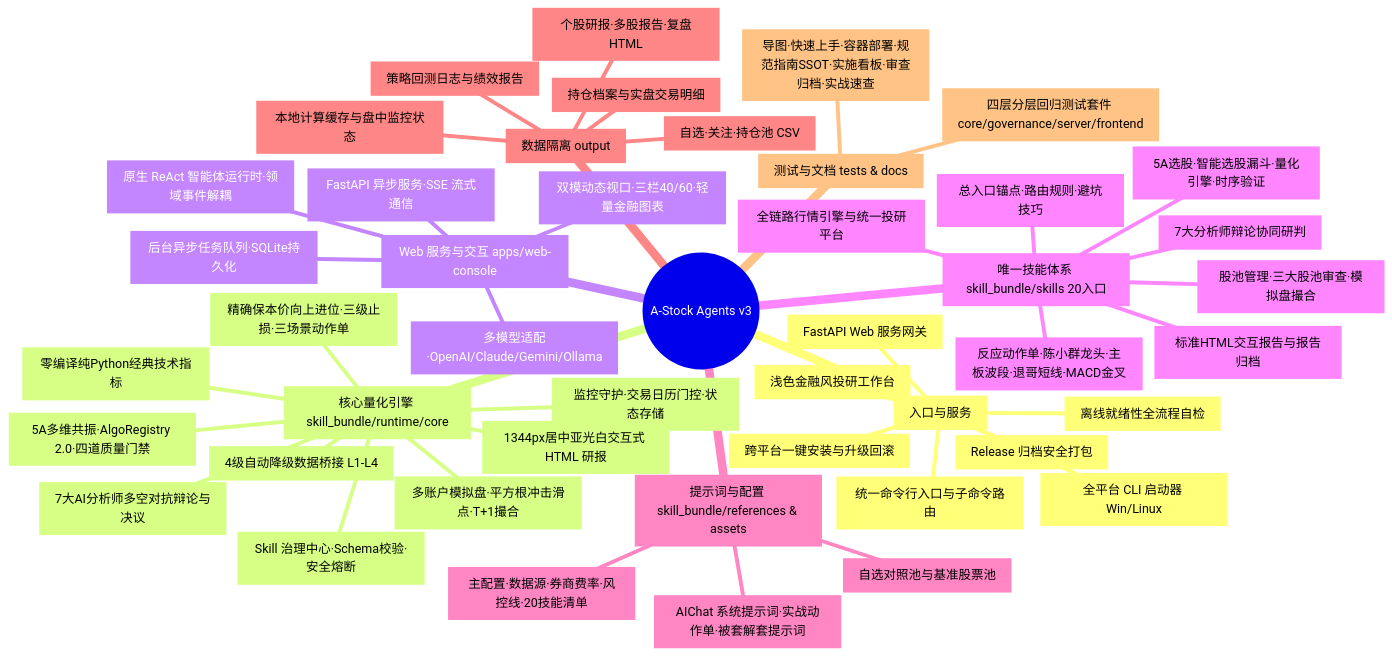
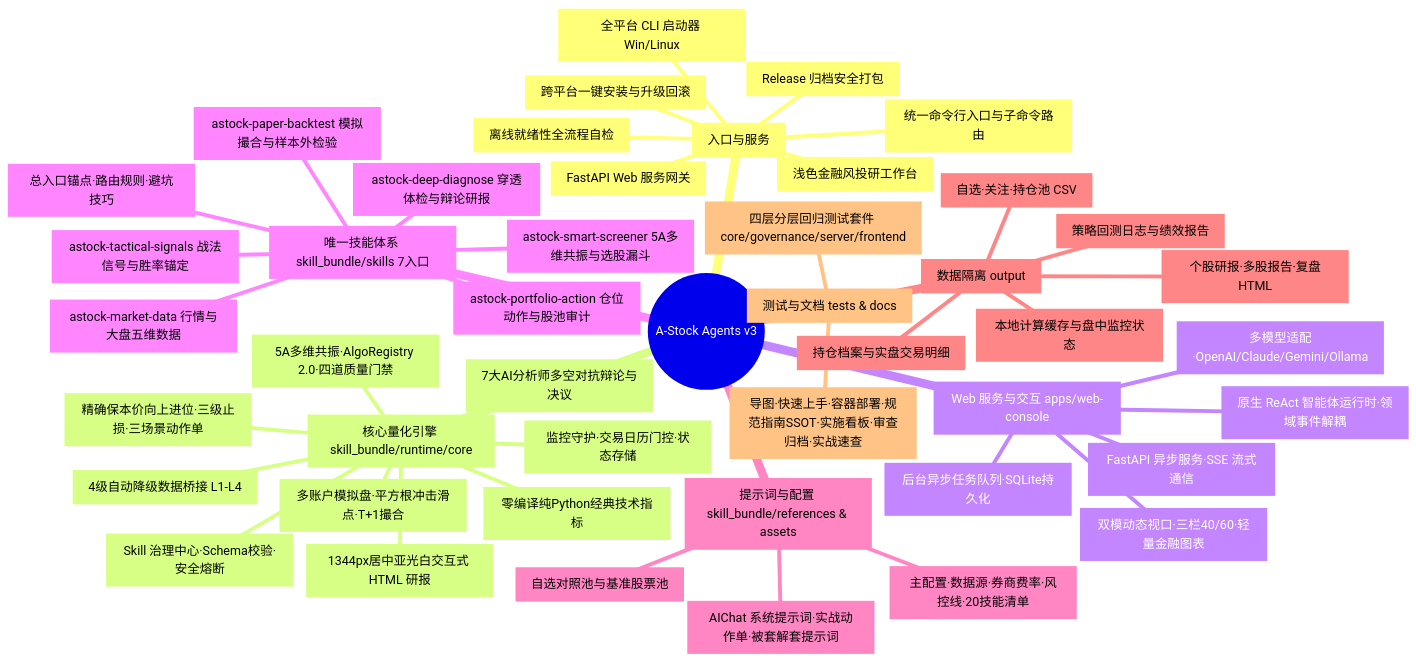
One commit to cvdnn/a_stock_agents changed the first of 3 diagrams in docs/index.md. Above: the diagram before and after it, drawn with Mermaid. The commit also changed other lines of this file and 298 other files, not shown here.

````diff
--- a/docs/index.md
+++ b/docs/index.md
@@ -9,49 +9,49 @@
 ```mermaid
 mindmap
   root((A-Stock Agents v3))
     [入口与服务]
       bin/astock[全平台 CLI 启动器 Win/Linux]
       skill_bundle/runtime/cli.py[统一命令行入口与子命令路由]
       apps/web-console/backend/server/app.py[FastAPI Web 服务网关]
       apps/web-console/frontend/index.html[浅色金融风投研工作台]
       tools/packaging/common.py[Release 归档安全打包]
       install.ps1/install.sh[跨平台一键安装与升级回滚]
       skill_bundle/runtime/doctor.py[离线就绪性全流程自检]
     [核心量化引擎 skill_bundle/runtime/core]
       data[4级自动降级数据桥接 L1-L4]
       indicators[零编译纯Python经典技术指标]
       models[5A多维共振·AlgoRegistry 2.0·四道质量门禁]
       strategy[精确保本价向上进位·三级止损·三场景动作单]
       multi_agent[7大AI分析师多空对抗辩论与决议]
       paper_trading[多账户模拟盘·平方根冲击滑点·T+1撮合]
       governance[Skill 治理中心·Schema校验·安全熔断]
       monitor[监控守护·交易日历门控·状态存储]
       reporting[1344px居中亚光白交互式 HTML 研报]
     [Web 服务与交互 apps/web-console]
       fastapi_gateway[FastAPI 异步服务·SSE 流式通信]
       react_runtime[原生 ReAct 智能体运行时·领域事件解耦]
       multi_llm[多模型适配·OpenAI/Claude/Gemini/Ollama]
       async_tasks[后台异步任务队列·SQLite持久化]
       web_workbench[双模动态视口·三栏40/60·轻量金融图表]
-    [唯一技能体系 skill_bundle/skills 20入口]
+    [唯一技能体系 skill_bundle/skills 7入口]
       L0锚点与元系统[总入口锚点·路由规则·避坑技巧]
-      L1数据平台[全链路行情引擎与统一投研平台]
-      L2选股量化[5A选股·智能选股漏斗·量化引擎·时序验证]
-      L3执行策略[反应动作单·陈小群龙头·主板波段·退哥短线·MACD金叉]
-      L4面板交易[股池管理·三大股池审查·模拟盘撮合]
-      L5多智能体[7大分析师辩论协同研判]
-      L6展现报告[标准HTML交互报告与报告归档]
+      阶段1看盘知势[astock-market-data 行情与大盘五维数据]
+      阶段2选股立池[astock-smart-screener 5A多维共振与选股漏斗]
+      阶段3择时定买[astock-tactical-signals 战法信号与胜率锚定]
+      阶段4穿透体检[astock-deep-diagnose 穿透体检与辩论研报]
+      阶段5仓位风控[astock-portfolio-action 仓位动作与股池审计]
+      阶段6回测验证[astock-paper-backtest 模拟撮合与样本外检验]
     [提示词与配置 skill_bundle/references & assets]
       prompts[AIChat 系统提示词·实战动作单·被套解套提示词]
       config[主配置·数据源·券商费率·风控线·20技能清单]
       stock_pools[自选对照池与基准股票池]
     [数据隔离 output]
       pools[自选·关注·持仓池 CSV]
       positions[持仓档案与实盘交易明细]
       reports[个股研报·多股报告·复盘HTML]
       cache[本地计算缓存与盘中监控状态]
       backtest[策略回测日志与绩效报告]
     [测试与文档 tests & docs]
       tests[四层分层回归测试套件 core/governance/server/frontend]
       docs[导图·快速上手·容器部署·规范指南SSOT·实施看板·审查归档·实战速查]
 ```
````
